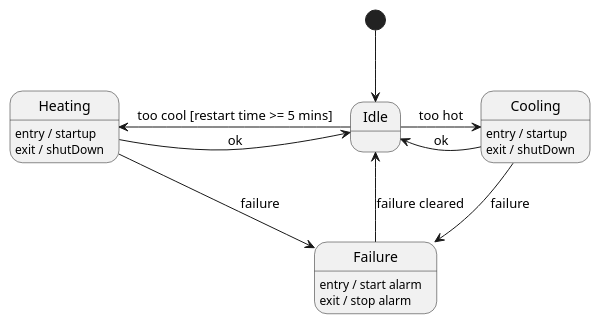
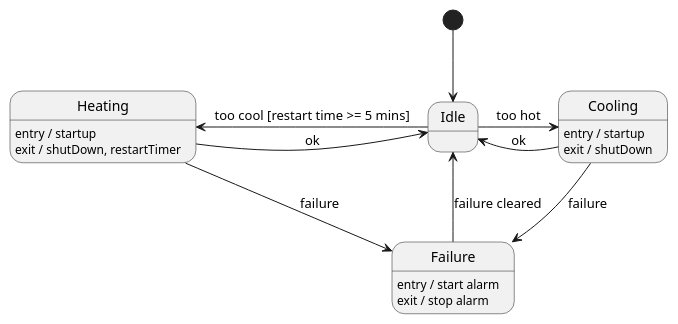
One commit to Bjartthor/Assignment3_2 changed the diagram in docs/diagrams/src/state.wsd. Above: the diagram before and after it, drawn with PlantUML. The commit also changed 1 other file, not shown here.

```diff
--- a/docs/diagrams/src/state.wsd
+++ b/docs/diagrams/src/state.wsd
@@ -1,24 +1,24 @@
 @startuml
 
 [*] --> Idle
 
 Idle -left-> Heating : too cool [restart time >= 5 mins]
 Heating -right-> Idle : ok
 
 Idle -right-> Cooling : too hot
 Cooling -left-> Idle : ok
 
 Heating --> Failure : failure
 Cooling --> Failure : failure
 Failure -up-> Idle : failure cleared
 
 Heating : entry / startup
-Heating : exit / shutDown
+Heating : exit / shutDown, restartTimer
 
 Cooling : entry / startup
 Cooling : exit / shutDown
 
 Failure : entry / start alarm
 Failure : exit / stop alarm
 
 @enduml
```
